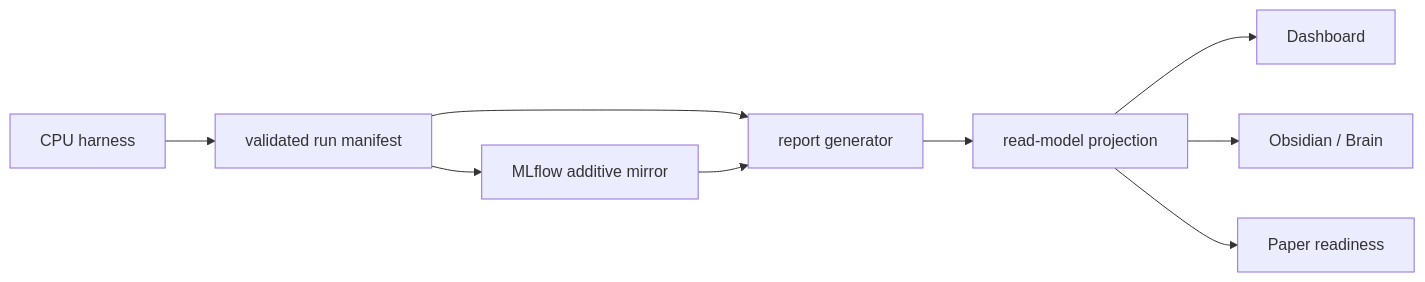
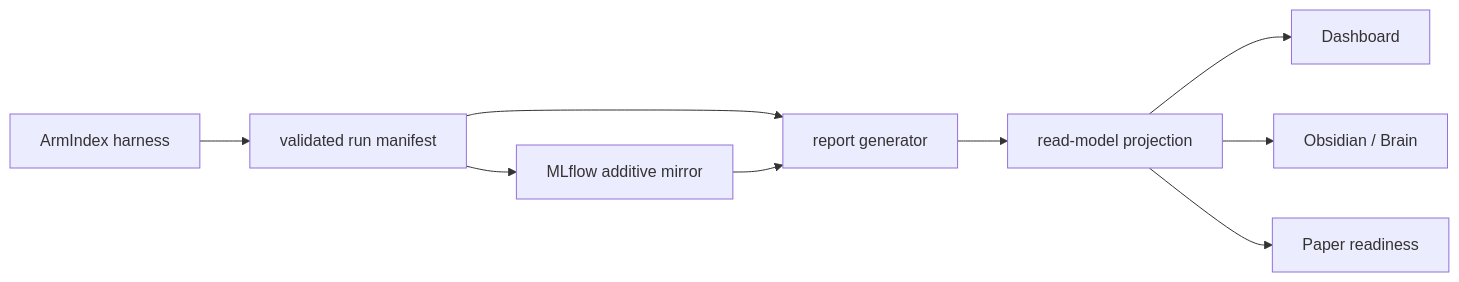
Before and after one commit to siriponsri/myIS: the diagram in dashboard/README.md, drawn with Mermaid. The commit also changed other lines of this file and 328 other files, not shown here.

Commit message:
refactor: migrate research control plane to ArmIndex

````diff
--- a/dashboard/README.md
+++ b/dashboard/README.md
@@ -28,11 +28,11 @@
 ```mermaid
 flowchart LR
-    H[CPU harness] --> R[validated run manifest]
+    H[ArmIndex harness] --> R[validated run manifest]
     R --> M[MLflow additive mirror]
     R --> G[report generator]
     M --> G
     G --> V[read-model projection]
     V --> D[Dashboard]
     V --> O[Obsidian / Brain]
     V --> P[Paper readiness]
 ```
````
